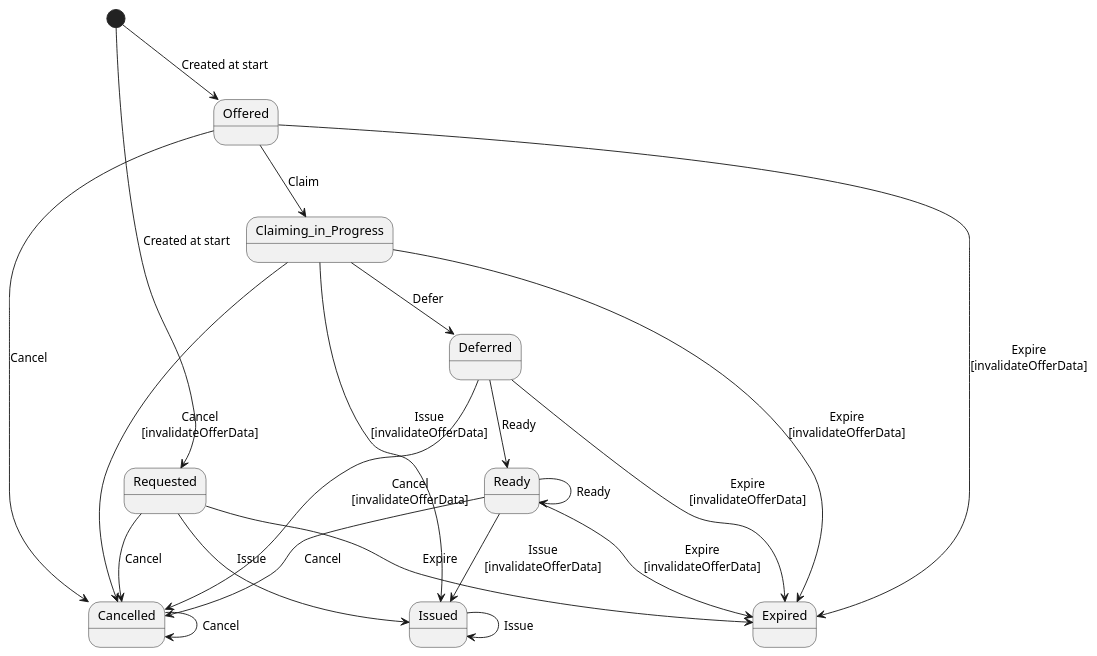
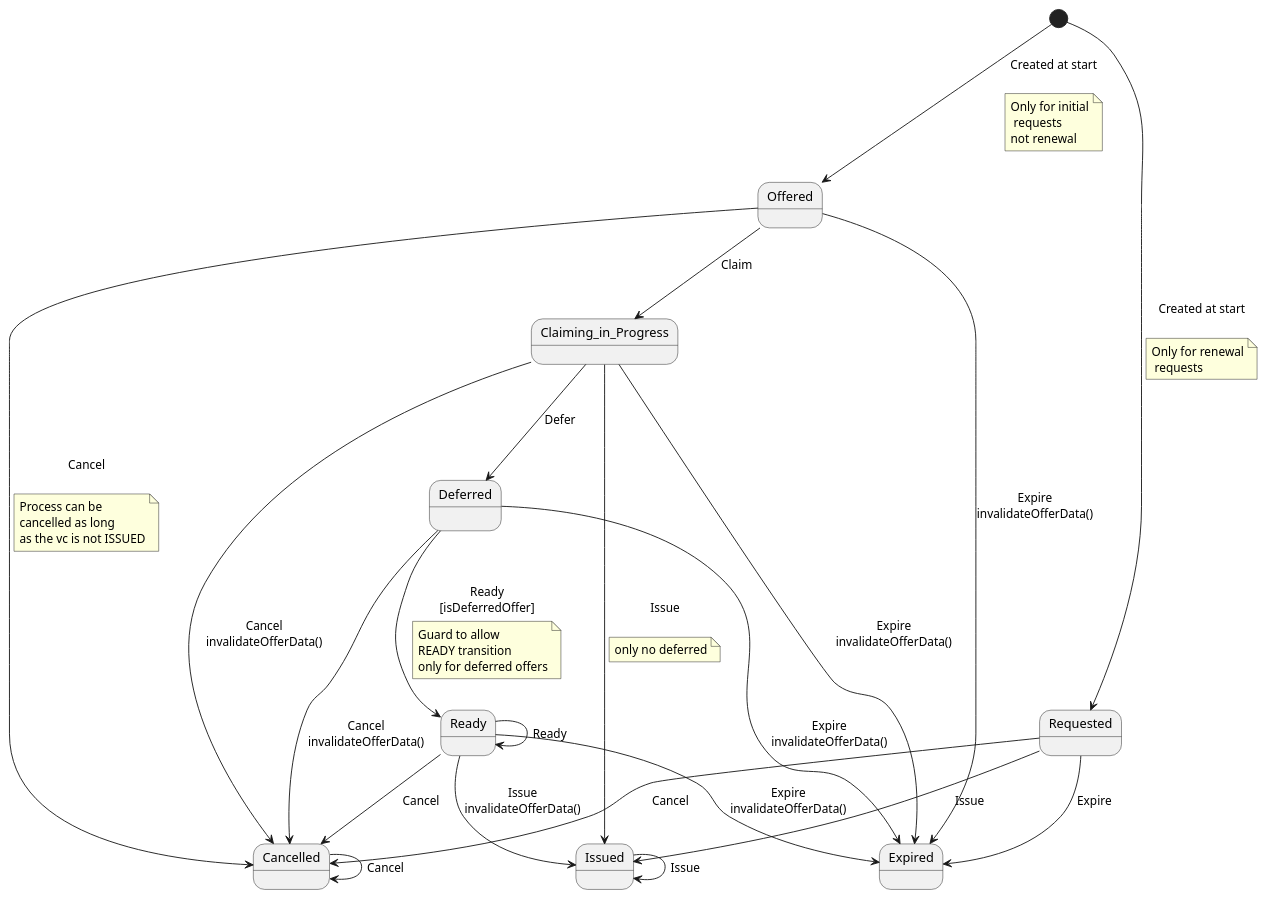
The diagram in issuer-service/src/main/resources/plantuml/credentialOfferStateMachine.puml (swiyu-admin-ch/swiyu-issuer), drawn with PlantUML before and after one commit. The commit also changed 5 other files, not shown here.

Commit message:
refactor(EIDOMNI-292): Update state machine diagrams and enhance transition annotations for clarity

```diff
--- a/issuer-service/src/main/resources/plantuml/credentialOfferStateMachine.puml
+++ b/issuer-service/src/main/resources/plantuml/credentialOfferStateMachine.puml
@@ -1,31 +1,58 @@
 @startuml
-state Expired
+state Issued
+state Deferred :
+state Offered
 state Cancelled
-state Deferred
-state Requested
-state Offered
-state Issued
 state Ready
 state Claiming_in_Progress
-[*] --> Offered : Created at start
-[*] --> Requested : Created at start
+state Requested
+state Expired
+[*] --> Offered : Created at start\n
+note on link
+Only for initial
+ requests
+not renewal
+end note
+
+[*] --> Requested : Created at start\n
+note on link
+Only for renewal
+ requests
+end note
+
 Requested --> Issued : Issue
 Requested --> Cancelled : Cancel
 Requested --> Expired : Expire
-Offered --> Cancelled : Cancel
-Offered --> Expired : Expire\n[invalidateOfferData]
+Offered --> Cancelled : Cancel\n
+note on link
+Process can be
+cancelled as long
+as the vc is not ISSUED
+end note
+
+Offered --> Expired : Expire\ninvalidateOfferData()
 Offered --> Claiming_in_Progress : Claim
-Claiming_in_Progress --> Expired : Expire\n[invalidateOfferData]
+Claiming_in_Progress --> Expired : Expire\ninvalidateOfferData()
 Claiming_in_Progress --> Deferred : Defer
-Claiming_in_Progress --> Issued : Issue\n[invalidateOfferData]
-Claiming_in_Progress --> Cancelled : Cancel\n[invalidateOfferData]
-Deferred --> Ready : Ready
-Deferred --> Expired : Expire\n[invalidateOfferData]
-Deferred --> Cancelled : Cancel\n[invalidateOfferData]
-Ready --> Issued : Issue\n[invalidateOfferData]
-Ready --> Expired : Expire\n[invalidateOfferData]
+Claiming_in_Progress --> Issued : Issue\n
+note on link
+only no deferred
+end note
+
+Claiming_in_Progress --> Cancelled : Cancel\ninvalidateOfferData()
+Deferred --> Ready : Ready\n[isDeferredOffer]
+note on link
+Guard to allow
+READY transition
+only for deferred offers
+end note
+
+Deferred --> Expired : Expire\ninvalidateOfferData()
+Deferred --> Cancelled : Cancel\ninvalidateOfferData()
+Ready --> Issued : Issue\ninvalidateOfferData()
+Ready --> Expired : Expire\ninvalidateOfferData()
 Ready --> Cancelled : Cancel
 Ready --> Ready : Ready
 Issued --> Issued : Issue
 Cancelled --> Cancelled : Cancel
 @enduml
```
